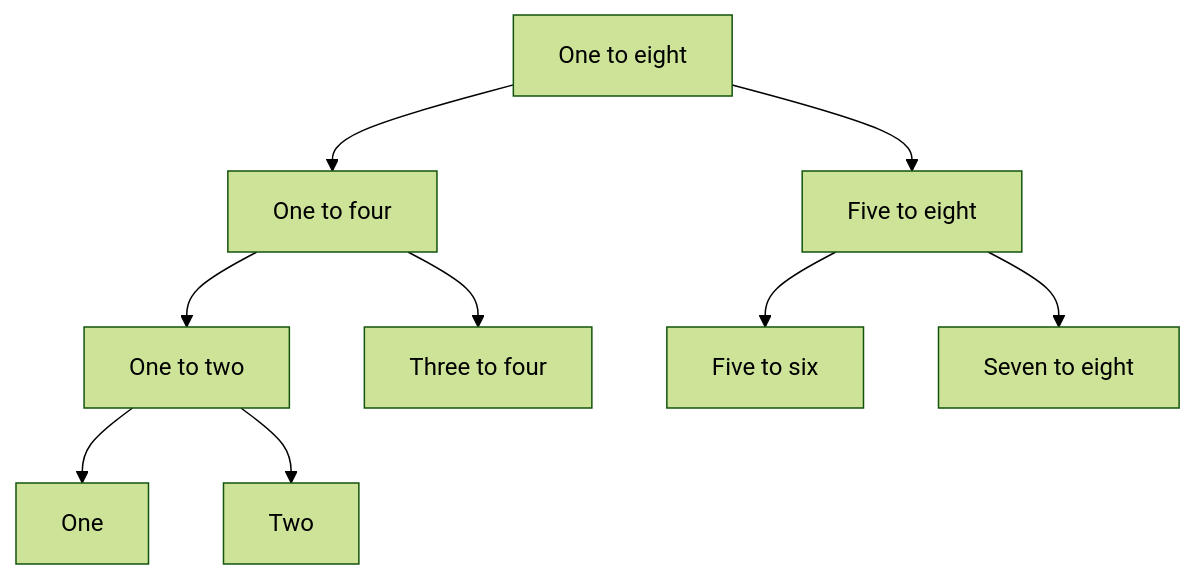
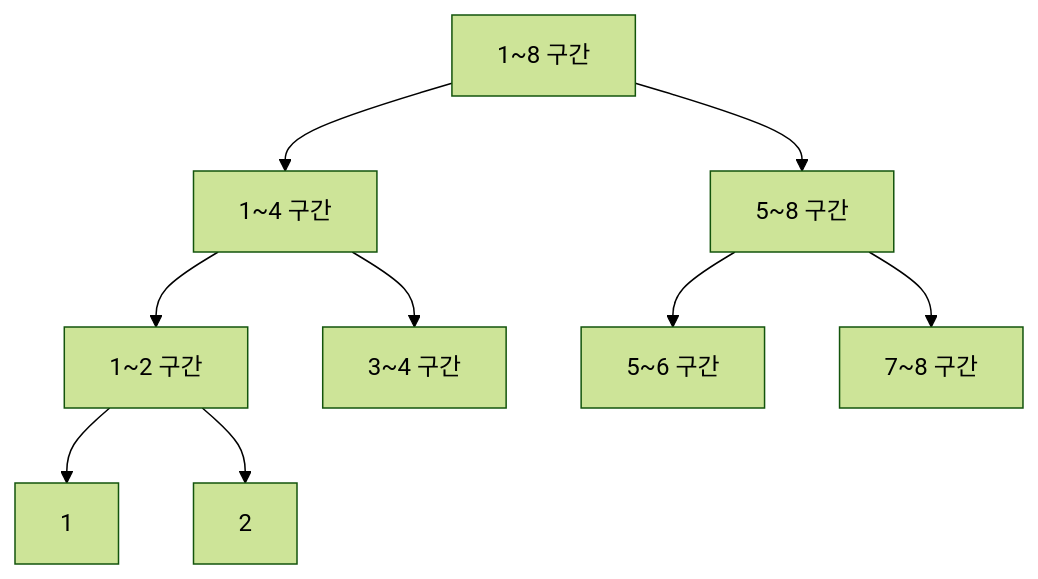
The first of 3 diagrams in _posts/algorithm/2026-03-07-segment-tree.md (mandoobox/mandoobox.github.io), drawn with Mermaid (forest theme) before and after one commit. The commit also changed other lines of this file and 24 other files, not shown here.

Commit message:
feat: mermaid kr

````diff
--- a/_posts/algorithm/2026-03-07-segment-tree.md
+++ b/_posts/algorithm/2026-03-07-segment-tree.md
@@ -72,11 +72,11 @@
 ```mermaid
 flowchart TD
-    A["One to eight"] --> B["One to four"]
-    A --> C["Five to eight"]
-    B --> D["One to two"]
-    B --> E["Three to four"]
-    C --> F["Five to six"]
-    C --> G["Seven to eight"]
-    D --> H["One"]
-    D --> I["Two"]
+    A["1~8 구간"] --> B["1~4 구간"]
+    A --> C["5~8 구간"]
+    B --> D["1~2 구간"]
+    B --> E["3~4 구간"]
+    C --> F["5~6 구간"]
+    C --> G["7~8 구간"]
+    D --> H["1"]
+    D --> I["2"]
 ```
````
